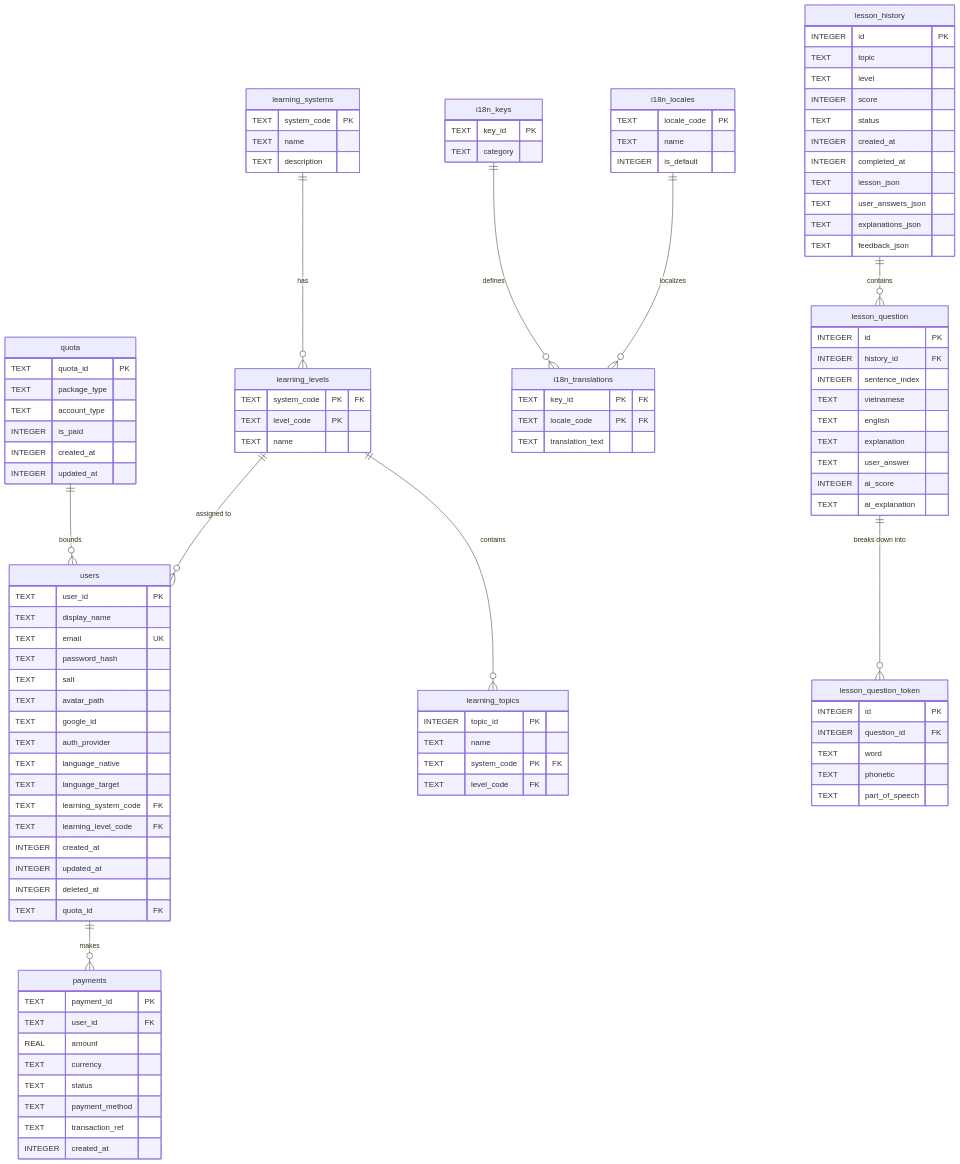
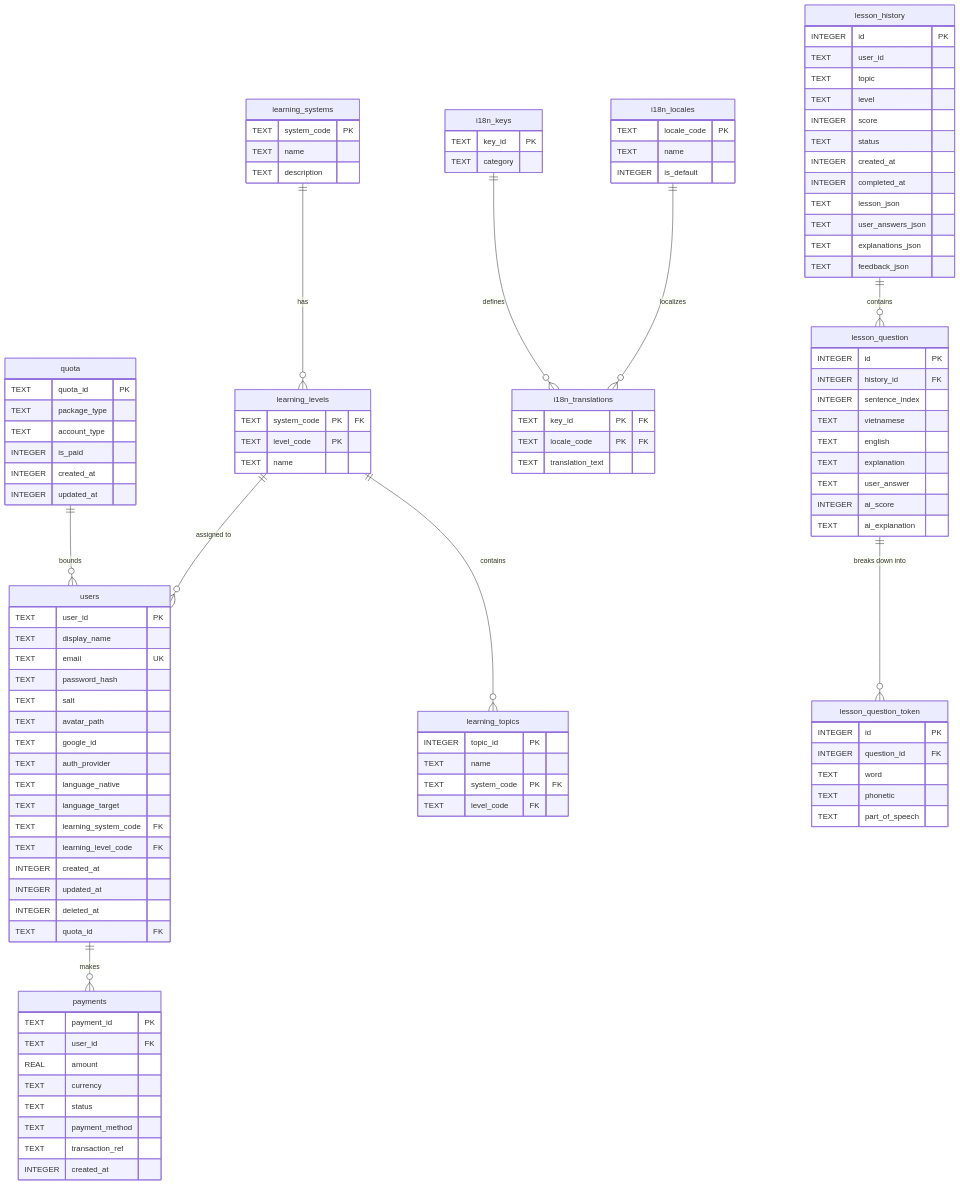
Before and after one commit to vinh-gogo/ai-english: the diagram in docs/database_schema.md, drawn with Mermaid. The commit also changed 3 other files, not shown here.

```diff
--- a/docs/database_schema.md
+++ b/docs/database_schema.md
@@ -83,6 +83,7 @@
 
     lesson_history {
         INTEGER id PK
+        TEXT user_id
         TEXT topic
         TEXT level
         INTEGER score
```
